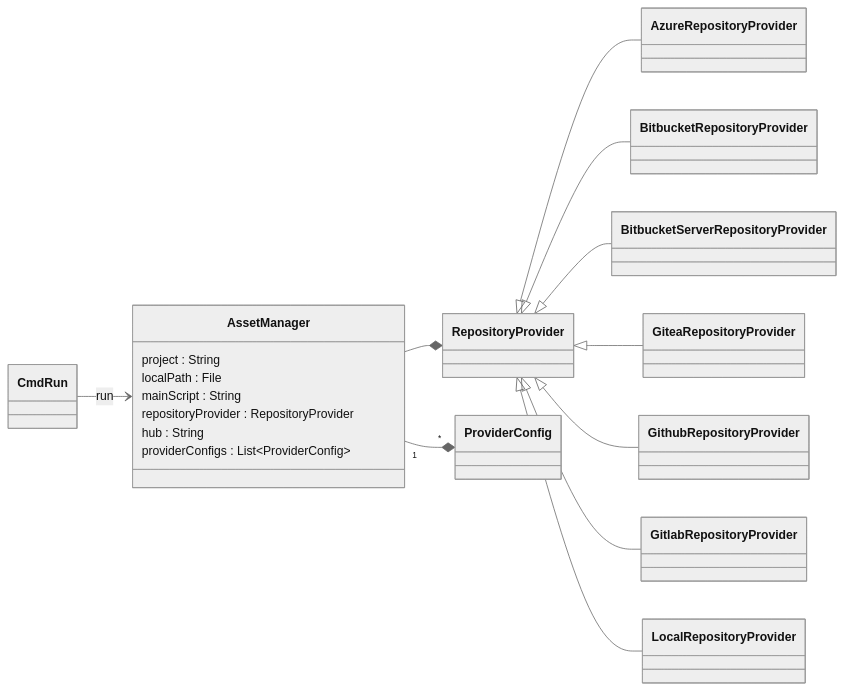
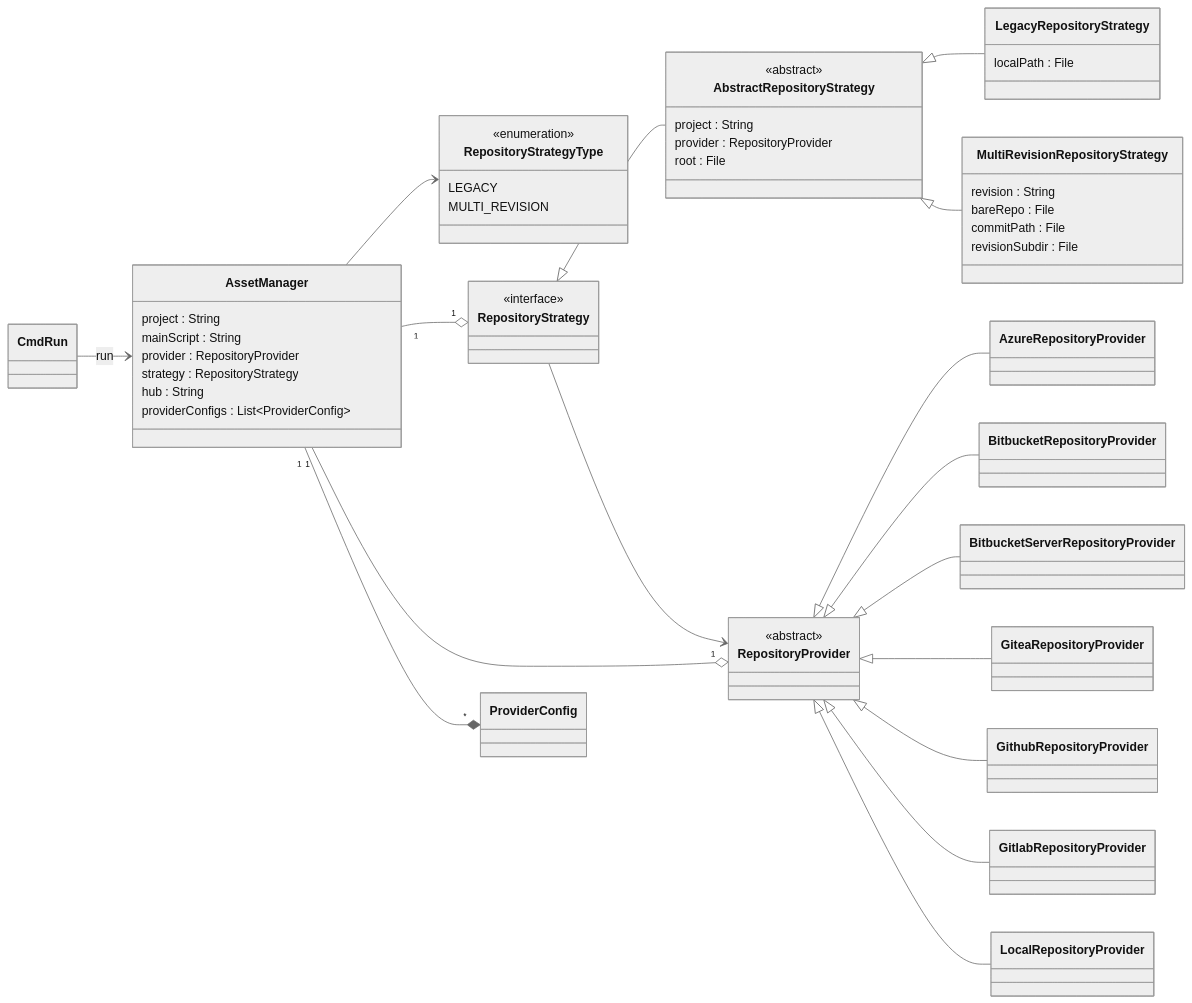
One commit to nextflow-io/nextflow changed the diagram in docs/developer/diagrams/nextflow.scm.mmd. Above: the diagram before and after it, drawn with Mermaid (neutral theme). The commit also changed other lines of this file and 25 other files, not shown here.

```diff
--- a/docs/developer/diagrams/nextflow.scm.mmd
+++ b/docs/developer/diagrams/nextflow.scm.mmd
@@ -1,26 +1,64 @@
 classDiagram
     %%
     %% nextflow.scm
     %%
     direction LR
 
     CmdRun --> AssetManager : run
 
     class AssetManager {
         project : String
-        localPath : File
         mainScript : String
-        repositoryProvider : RepositoryProvider
+        provider : RepositoryProvider
+        strategy : RepositoryStrategy
         hub : String
         providerConfigs : List~ProviderConfig~
     }
-    AssetManager --* RepositoryProvider
+
+    class RepositoryStrategyType {
+        <<enumeration>>
+        LEGACY
+        MULTI_REVISION
+    }
+
+    AssetManager --> RepositoryStrategyType
+    AssetManager "1" --o "1" RepositoryStrategy
+    AssetManager "1" --o "1" RepositoryProvider
     AssetManager "1" --* "*" ProviderConfig
+
+    class RepositoryStrategy {
+        <<interface>>
+    }
+    class AbstractRepositoryStrategy {
+        <<abstract>>
+        project : String
+        provider : RepositoryProvider
+        root : File
+    }
+    class LegacyRepositoryStrategy {
+        localPath : File
+    }
+    class MultiRevisionRepositoryStrategy {
+        revision : String
+        bareRepo : File
+        commitPath : File
+        revisionSubdir : File
+    }
+
+    RepositoryStrategy <|-- AbstractRepositoryStrategy
+    AbstractRepositoryStrategy <|-- LegacyRepositoryStrategy
+    AbstractRepositoryStrategy <|-- MultiRevisionRepositoryStrategy
+
+    class RepositoryProvider {
+        <<abstract>>
+    }
+
+    RepositoryStrategy --> RepositoryProvider
 
     RepositoryProvider <|-- AzureRepositoryProvider
     RepositoryProvider <|-- BitbucketRepositoryProvider
     RepositoryProvider <|-- BitbucketServerRepositoryProvider
     RepositoryProvider <|-- GiteaRepositoryProvider
     RepositoryProvider <|-- GithubRepositoryProvider
     RepositoryProvider <|-- GitlabRepositoryProvider
     RepositoryProvider <|-- LocalRepositoryProvider
```
